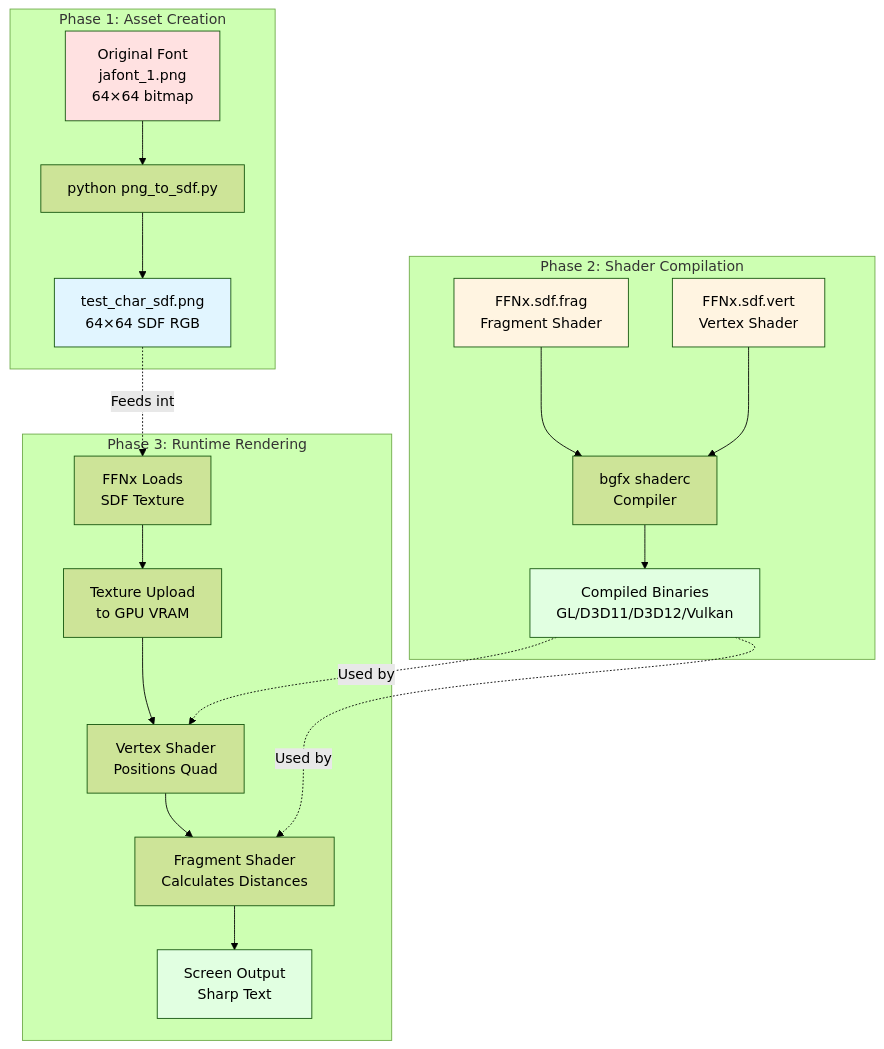
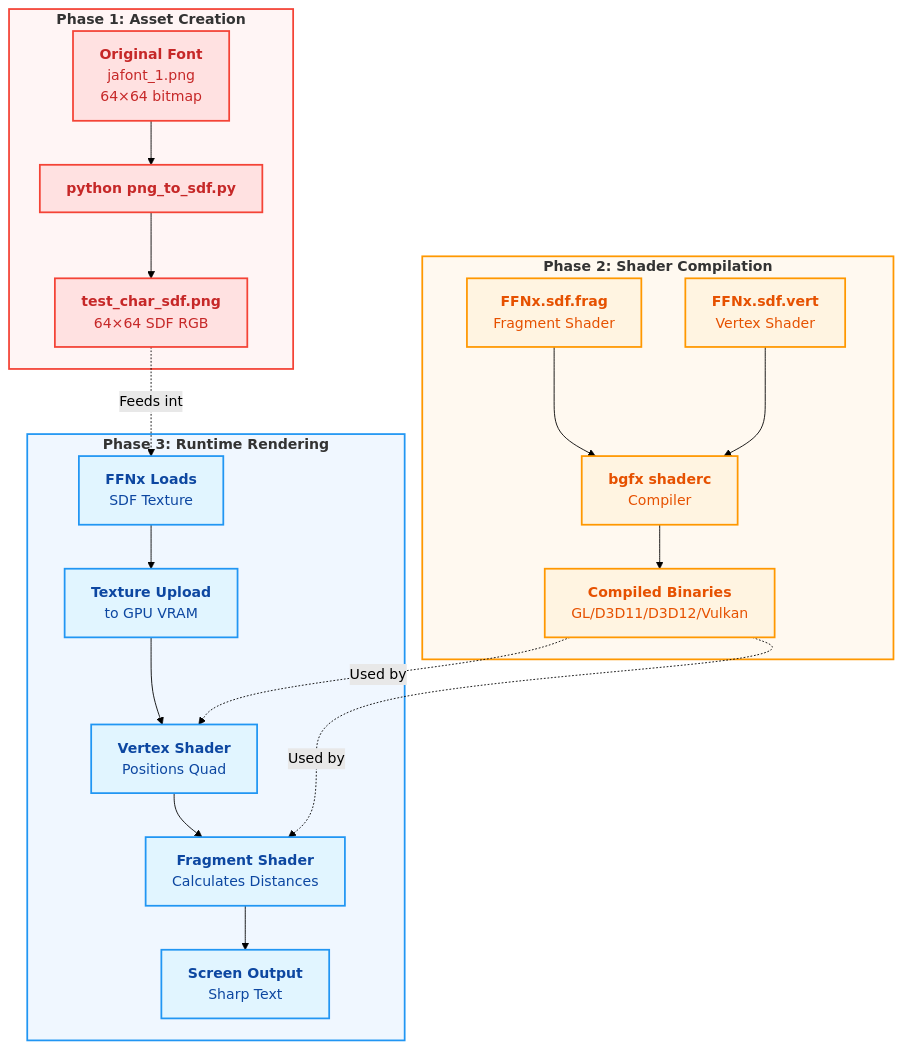
The seventh of 10 diagrams in sdf_font/docs/GRAPHICS_FUNDAMENTALS_AND_SDF_EXPLAINED.md (john-savepoint/makosource), drawn with Mermaid (forest theme) before and after one commit. The commit also changed other lines of this file, not shown here.

First line of the commit message:
docs(graphics): add rendered Mermaid diagrams via mcp-mermaid server

````diff
--- a/sdf_font/docs/GRAPHICS_FUNDAMENTALS_AND_SDF_EXPLAINED.md
+++ b/sdf_font/docs/GRAPHICS_FUNDAMENTALS_AND_SDF_EXPLAINED.md
@@ -443,31 +462,53 @@
 ```mermaid
-graph TD
-    subgraph "Phase 1: Asset Creation"
-    A1[Original Font<br/>jafont_1.png<br/>64×64 bitmap] --> A2[python png_to_sdf.py]
-    A2 --> A3[test_char_sdf.png<br/>64×64 SDF RGB]
+flowchart TD
+    classDef phase1 fill:#ffe1e1,stroke:#f44336,stroke-width:2px,color:#c62828
+    classDef phase2 fill:#fff4e1,stroke:#ff9800,stroke-width:2px,color:#e65100
+    classDef phase3 fill:#e1f5ff,stroke:#2196f3,stroke-width:2px,color:#0d47a1
+
+    subgraph Phase1["`**Phase 1: Asset Creation**`"]
+        A1["`**Original Font**
+jafont_1.png
+64×64 bitmap`"]:::phase1
+        A2["`**python png_to_sdf.py**`"]:::phase1
+        A3["`**test_char_sdf.png**
+64×64 SDF RGB`"]:::phase1
     end
 
-    subgraph "Phase 2: Shader Compilation"
-    B1[FFNx.sdf.frag<br/>Fragment Shader] --> B2[bgfx shaderc<br/>Compiler]
-    B3[FFNx.sdf.vert<br/>Vertex Shader] --> B2
-    B2 --> B4[Compiled Binaries<br/>GL/D3D11/D3D12/Vulkan]
+    subgraph Phase2["`**Phase 2: Shader Compilation**`"]
+        B1["`**FFNx.sdf.frag**
+Fragment Shader`"]:::phase2
+        B3["`**FFNx.sdf.vert**
+Vertex Shader`"]:::phase2
+        B2["`**bgfx shaderc**
+Compiler`"]:::phase2
+        B4["`**Compiled Binaries**
+GL/D3D11/D3D12/Vulkan`"]:::phase2
     end
 
-    subgraph "Phase 3: Runtime Rendering"
-    C1[FFNx Loads<br/>SDF Texture] --> C2[Texture Upload<br/>to GPU VRAM]
-    C2 --> C3[Vertex Shader<br/>Positions Quad]
-    C3 --> C4[Fragment Shader<br/>Calculates Distances]
-    C4 --> C5[Screen Output<br/>Sharp Text]
+    subgraph Phase3["`**Phase 3: Runtime Rendering**`"]
+        C1["`**FFNx Loads**
+SDF Texture`"]:::phase3
+        C2["`**Texture Upload**
+to GPU VRAM`"]:::phase3
+        C3["`**Vertex Shader**
+Positions Quad`"]:::phase3
+        C4["`**Fragment Shader**
+Calculates Distances`"]:::phase3
+        C5["`**Screen Output**
+Sharp Text`"]:::phase3
     end
+
+    A1 --> A2 --> A3
+    B1 --> B2
+    B3 --> B2
+    B2 --> B4
+    C1 --> C2 --> C3 --> C4 --> C5
 
     A3 -.Feeds into.-> C1
     B4 -.Used by.-> C3
     B4 -.Used by.-> C4
 
-    style A1 fill:#ffe1e1
-    style A3 fill:#e1f5ff
-    style B1 fill:#fff4e1
-    style B3 fill:#fff4e1
-    style B4 fill:#e1ffe1
-    style C5 fill:#e1ffe1
+    style Phase1 fill:#fff5f5,stroke:#f44336,stroke-width:2px
+    style Phase2 fill:#fff9f0,stroke:#ff9800,stroke-width:2px
+    style Phase3 fill:#f0f7ff,stroke:#2196f3,stroke-width:2px
 ```
````
